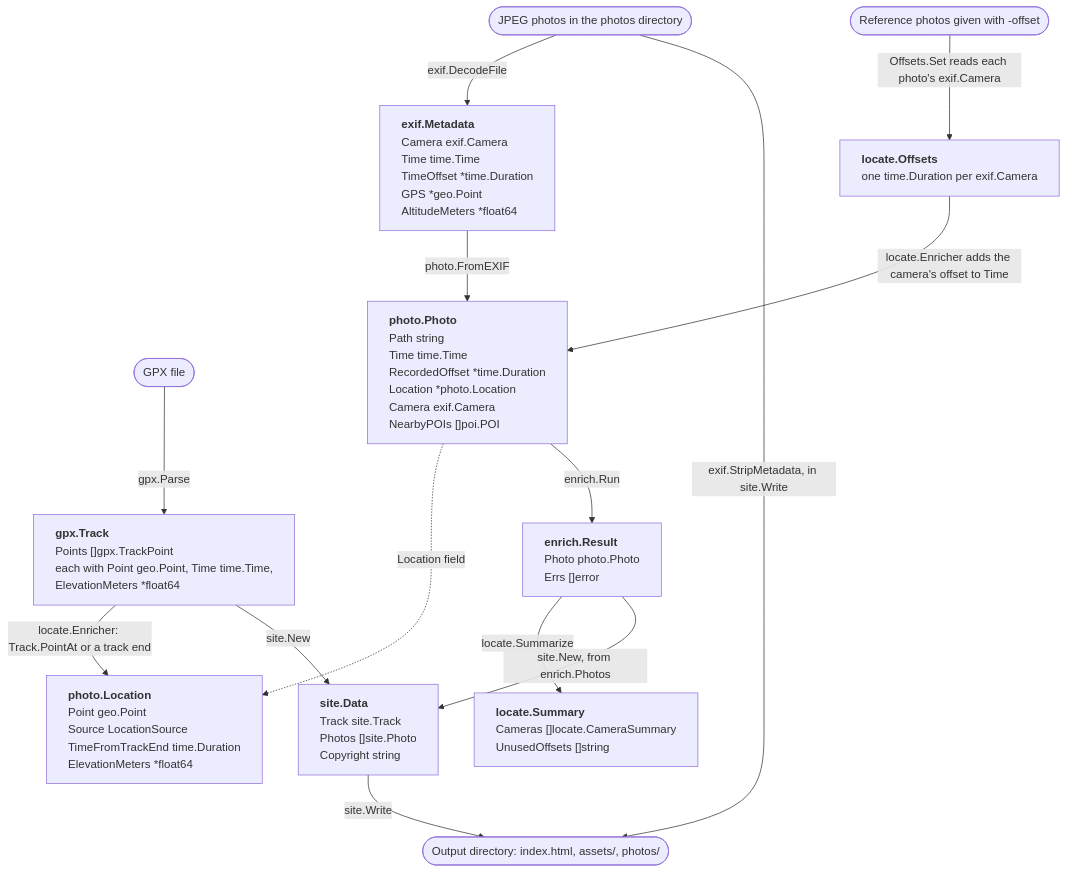
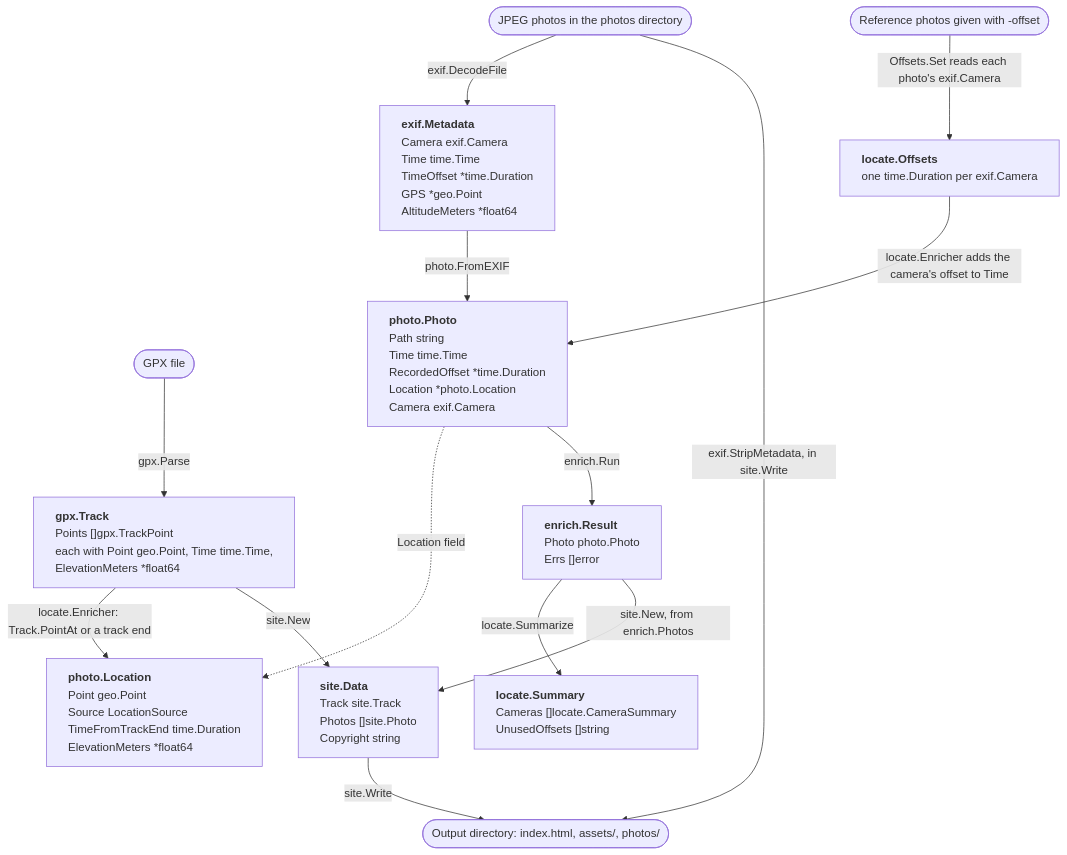
Before and after one commit to sh531/retrace: the diagram in README.md, drawn with Mermaid. The commit also changed other lines of this file and 3 other files, not shown here.

````diff
--- a/README.md
+++ b/README.md
@@ -132,41 +132,41 @@
 ```mermaid
 ---
 config:
   flowchart:
     wrappingWidth: 400
 ---
 flowchart TD
     jpegs(["JPEG photos in the photos directory"])
     gpxFile(["GPX file"])
     refPhotos(["Reference photos given with -offset"])
     outDir(["Output directory: index.html, assets/, photos/"])
 
     Metadata["<b>exif.Metadata</b><br/>Camera exif.Camera<br/>Time time.Time<br/>TimeOffset *time.Duration<br/>GPS *geo.Point<br/>AltitudeMeters *float64"]
-    Photo["<b>photo.Photo</b><br/>Path string<br/>Time time.Time<br/>RecordedOffset *time.Duration<br/>Location *photo.Location<br/>Camera exif.Camera<br/>NearbyPOIs []poi.POI"]
+    Photo["<b>photo.Photo</b><br/>Path string<br/>Time time.Time<br/>RecordedOffset *time.Duration<br/>Location *photo.Location<br/>Camera exif.Camera"]
     Location["<b>photo.Location</b><br/>Point geo.Point<br/>Source LocationSource<br/>TimeFromTrackEnd time.Duration<br/>ElevationMeters *float64"]
     Track["<b>gpx.Track</b><br/>Points []gpx.TrackPoint<br/>each with Point geo.Point, Time time.Time,<br/>ElevationMeters *float64"]
     Offsets["<b>locate.Offsets</b><br/>one time.Duration per exif.Camera"]
     Result["<b>enrich.Result</b><br/>Photo photo.Photo<br/>Errs []error"]
     Summary["<b>locate.Summary</b><br/>Cameras []locate.CameraSummary<br/>UnusedOffsets []string"]
     Data["<b>site.Data</b><br/>Track site.Track<br/>Photos []site.Photo<br/>Copyright string"]
 
     jpegs -->|exif.DecodeFile| Metadata
     Metadata -->|photo.FromEXIF| Photo
     gpxFile -->|gpx.Parse| Track
     refPhotos -->|"Offsets.Set reads each photo's exif.Camera"| Offsets
 
     Offsets -->|"locate.Enricher adds the camera's offset to Time"| Photo
     Track -->|"locate.Enricher: Track.PointAt or a track end"| Location
     Photo -.->|"Location field"| Location
 
     Photo -->|enrich.Run| Result
     Result -->|locate.Summarize| Summary
 
     Result -->|"site.New, from enrich.Photos"| Data
     Track -->|site.New| Data
     Data -->|site.Write| outDir
     jpegs -->|"exif.StripMetadata, in site.Write"| outDir
 
     classDef struct text-align:left
     class Metadata,Photo,Location,Track,Offsets,Result,Summary,Data struct
 ```
````
